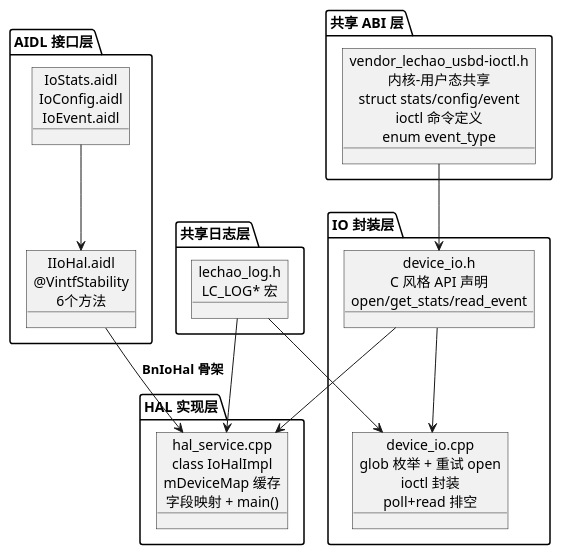
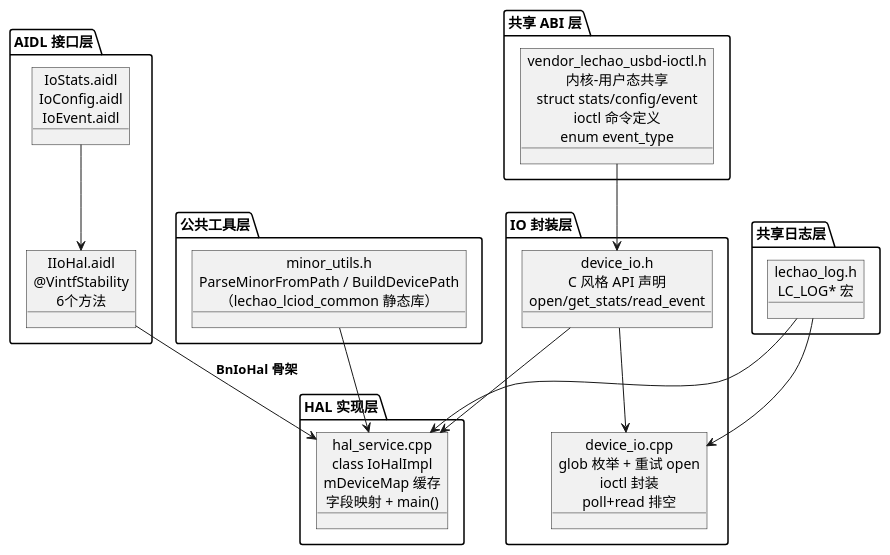
Before and after one commit to lechao365/AndroidSystemEnhance: the tenth of 13 diagrams in 02-IO增强/02.02-HAL增强-lciod-hal.md, drawn with PlantUML. The commit also changed other lines of this file and 28 other files, not shown here.

````diff
--- a/02-IO增强/02.02-HAL增强-lciod-hal.md
+++ b/02-IO增强/02.02-HAL增强-lciod-hal.md
@@ -441,33 +448,38 @@
 ```plantuml
 @startuml
 package "AIDL 接口层" as aidl {
     object "IIoHal.aidl\n@VintfStability\n6个方法" as AIDL
     object "IoStats.aidl\nIoConfig.aidl\nIoEvent.aidl" as PARCEL
 }
 
 package "共享 ABI 层" as abi {
     object "vendor_lechao_usbd-ioctl.h\n内核-用户态共享\nstruct stats/config/event\nioctl 命令定义\nenum event_type" as IOCTL
+}
+
+package "公共工具层" as common {
+    object "minor_utils.h\nParseMinorFromPath / BuildDevicePath\n（lechao_lciod_common 静态库）" as MINOR
 }
 
 package "IO 封装层" as io {
     object "device_io.h\nC 风格 API 声明\nopen/get_stats/read_event" as HDR
     object "device_io.cpp\nglob 枚举 + 重试 open\nioctl 封装\npoll+read 排空" as IMPL
 }
 
 package "HAL 实现层" as hal {
     object "hal_service.cpp\nclass IoHalImpl\nmDeviceMap 缓存\n字段映射 + main()" as SVC
 }
 
 package "共享日志层" as log {
     object "lechao_log.h\nLC_LOG* 宏" as LCLOG
 }
 
 AIDL --> SVC : **BnIoHal 骨架**
 PARCEL --> AIDL
 IOCTL --> HDR
+MINOR --> SVC
 HDR --> IMPL
 HDR --> SVC
 LCLOG --> IMPL
 LCLOG --> SVC
 @enduml
 ```
````
